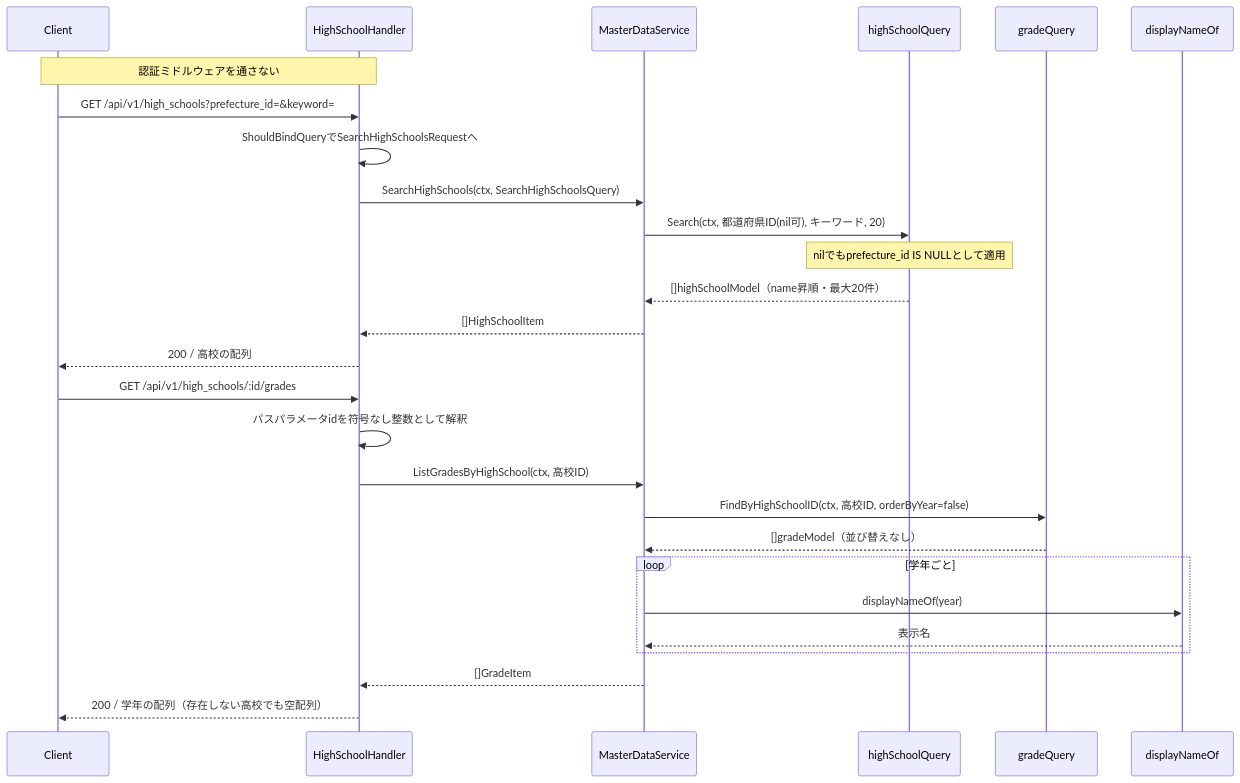
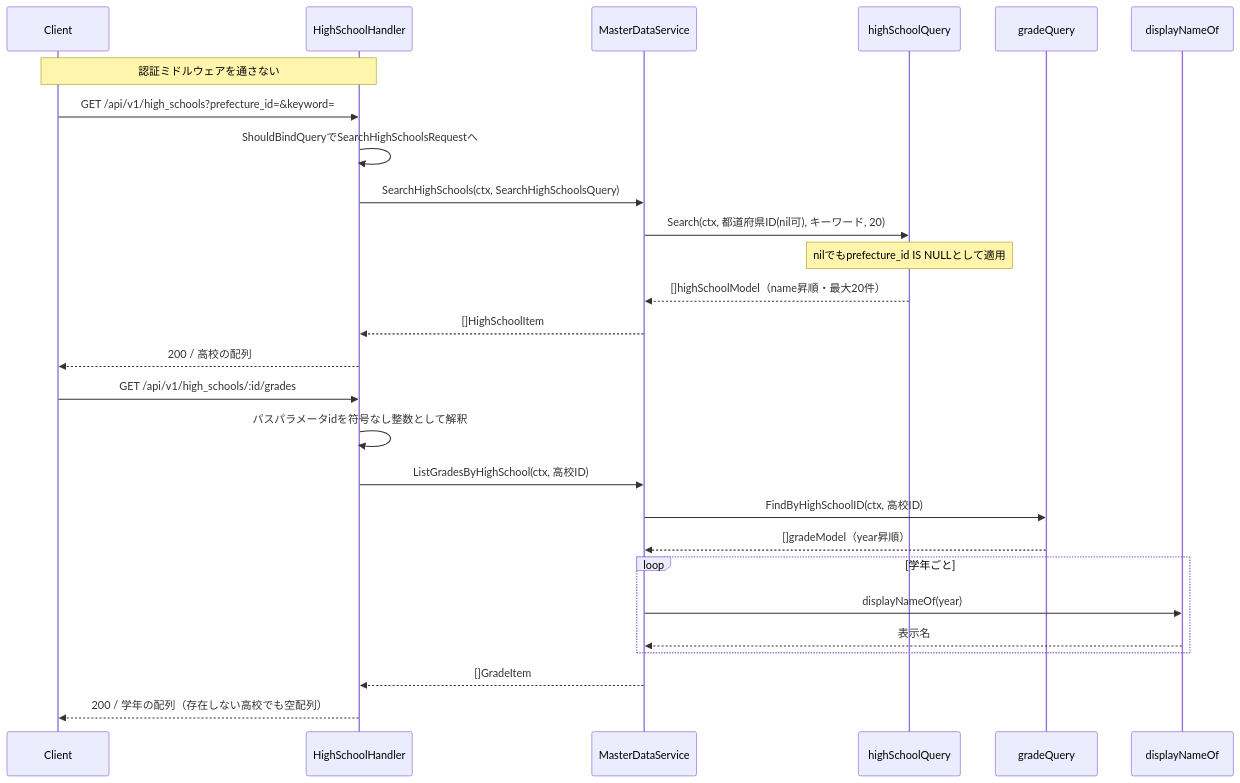
Before and after one commit to yuta20253/edu-platform-go-design: the third of 5 diagrams in 計画書/Go実装仕様書/共通マスタ参照機能_Go実装仕様書_2_エンドポイント.md, drawn with Mermaid. The commit also changed other lines of this file and 21 other files, not shown here.

````diff
--- a/計画書/Go実装仕様書/共通マスタ参照機能_Go実装仕様書_2_エンドポイント.md
+++ b/計画書/Go実装仕様書/共通マスタ参照機能_Go実装仕様書_2_エンドポイント.md
@@ -296,32 +296,32 @@
 ```mermaid
 sequenceDiagram
     participant C as Client
     participant H as HighSchoolHandler
     participant S as MasterDataService
     participant HQ as highSchoolQuery
     participant GQ as gradeQuery
     participant D as displayNameOf
 
     Note over C,H: 認証ミドルウェアを通さない
 
     C->>H: GET /api/v1/high_schools?prefecture_id=&keyword=
     H->>H: ShouldBindQueryでSearchHighSchoolsRequestへ
     H->>S: SearchHighSchools(ctx, SearchHighSchoolsQuery)
     S->>HQ: Search(ctx, 都道府県ID(nil可), キーワード, 20)
     Note over HQ: nilでもprefecture_id IS NULLとして適用
     HQ-->>S: []highSchoolModel（name昇順・最大20件）
     S-->>H: []HighSchoolItem
     H-->>C: 200 / 高校の配列
 
     C->>H: GET /api/v1/high_schools/:id/grades
     H->>H: パスパラメータidを符号なし整数として解釈
     H->>S: ListGradesByHighSchool(ctx, 高校ID)
-    S->>GQ: FindByHighSchoolID(ctx, 高校ID, orderByYear=false)
-    GQ-->>S: []gradeModel（並び替えなし）
+    S->>GQ: FindByHighSchoolID(ctx, 高校ID)
+    GQ-->>S: []gradeModel（year昇順）
     loop 学年ごと
         S->>D: displayNameOf(year)
         D-->>S: 表示名
     end
     S-->>H: []GradeItem
     H-->>C: 200 / 学年の配列（存在しない高校でも空配列）
 ```
````
